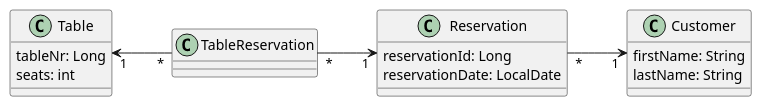
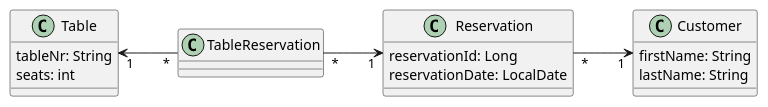
One commit to 2122-4ahif-nvs/01-microproject-MichaelTran6624 changed the diagram in asciidocs/plantuml/cld.puml. Above: the diagram before and after it, drawn with PlantUML. The commit also changed 2 other files, not shown here.

Commit message:
changed type of tableNr to String

```diff
--- a/asciidocs/plantuml/cld.puml
+++ b/asciidocs/plantuml/cld.puml
@@ -1,26 +1,26 @@
 @startuml
 left to right direction
 
 class Table {
-    tableNr: Long
+    tableNr: String
     seats: int
 }
 
 class Reservation {
     reservationId: Long
     reservationDate: LocalDate
 }
 
 class Customer {
     firstName: String
     lastName: String
 }
 
 class TableReservation {
 }
 
 Table "1" <-- "*" TableReservation
 TableReservation "*" --> "1" Reservation
 Reservation "*" --> "1" Customer
 
 @enduml
```
